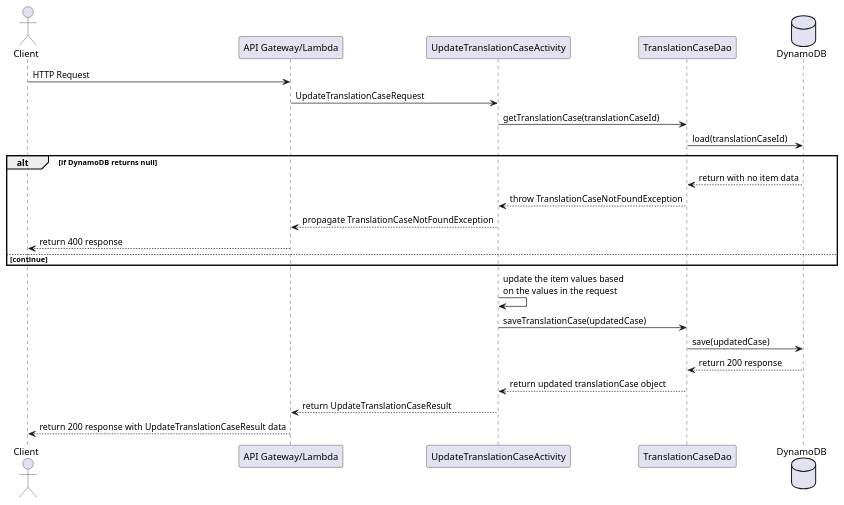
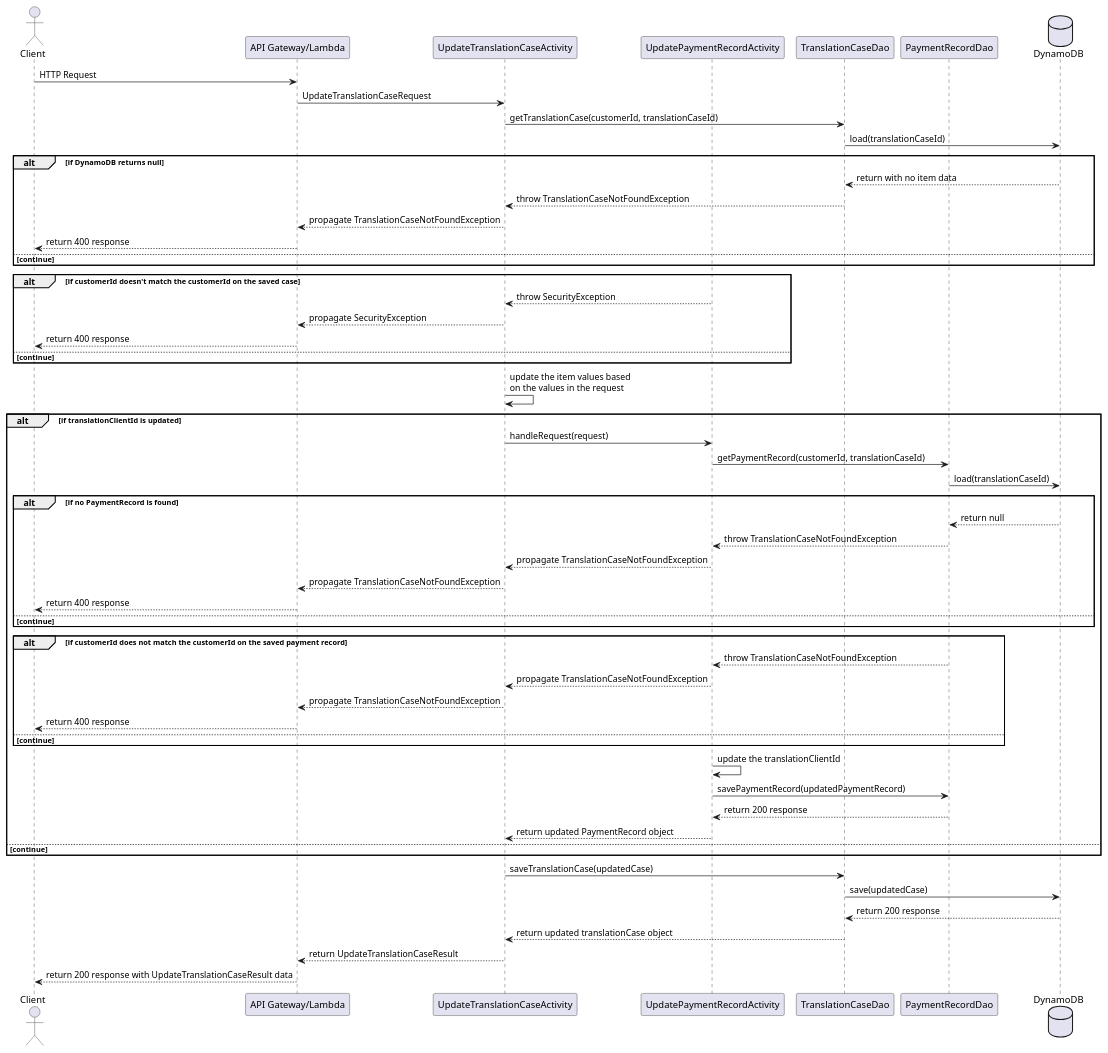
Before and after one commit to usedtothink/translation-tracker: the diagram in resources/UpdateTranslationCase-Sequence.puml, drawn with PlantUML. The commit also changed 30 other files, not shown here.

```diff
--- a/resources/UpdateTranslationCase-Sequence.puml
+++ b/resources/UpdateTranslationCase-Sequence.puml
@@ -1,33 +1,70 @@
 @startuml
 
 actor Client
 participant "API Gateway/Lambda"
 participant UpdateTranslationCaseActivity
+participant UpdatePaymentRecordActivity
 participant TranslationCaseDao
+participant PaymentRecordDao
 database    DynamoDB
 
 Client -> "API Gateway/Lambda" : HTTP Request
 "API Gateway/Lambda" -> UpdateTranslationCaseActivity : UpdateTranslationCaseRequest
 
-UpdateTranslationCaseActivity -> TranslationCaseDao : getTranslationCase(translationCaseId)
+UpdateTranslationCaseActivity -> TranslationCaseDao : getTranslationCase(customerId, translationCaseId)
 TranslationCaseDao -> DynamoDB : load(translationCaseId)
 
 alt if DynamoDB returns null
     DynamoDB --> TranslationCaseDao: return with no item data
     TranslationCaseDao --> UpdateTranslationCaseActivity: throw TranslationCaseNotFoundException
     UpdateTranslationCaseActivity --> "API Gateway/Lambda": propagate TranslationCaseNotFoundException
     "API Gateway/Lambda" --> Client : return 400 response
 else continue
 end
 
+alt if customerId doesn't match the customerId on the saved case
+    UpdatePaymentRecordActivity --> UpdateTranslationCaseActivity : throw SecurityException
+    UpdateTranslationCaseActivity --> "API Gateway/Lambda": propagate SecurityException
+    "API Gateway/Lambda" --> Client : return 400 response
+else continue
+end
+
 UpdateTranslationCaseActivity -> UpdateTranslationCaseActivity : update the item values based\non the values in the request
 
+alt if translationClientId is updated
+    UpdateTranslationCaseActivity -> UpdatePaymentRecordActivity: handleRequest(request)
+    UpdatePaymentRecordActivity -> PaymentRecordDao : getPaymentRecord(customerId, translationCaseId)
+    PaymentRecordDao -> DynamoDB : load(translationCaseId)
+
+    alt if no PaymentRecord is found
+        DynamoDB --> PaymentRecordDao : return null
+        PaymentRecordDao --> UpdatePaymentRecordActivity : throw TranslationCaseNotFoundException
+        UpdatePaymentRecordActivity --> UpdateTranslationCaseActivity : propagate TranslationCaseNotFoundException
+        UpdateTranslationCaseActivity --> "API Gateway/Lambda" : propagate TranslationCaseNotFoundException
+        "API Gateway/Lambda" --> Client : return 400 response
+    else continue
+    end
+
+    alt if customerId does not match the customerId on the saved payment record
+        PaymentRecordDao --> UpdatePaymentRecordActivity : throw TranslationCaseNotFoundException
+        UpdatePaymentRecordActivity --> UpdateTranslationCaseActivity : propagate TranslationCaseNotFoundException
+        UpdateTranslationCaseActivity --> "API Gateway/Lambda" : propagate TranslationCaseNotFoundException
+        "API Gateway/Lambda" --> Client : return 400 response
+    else continue
+    end
+
+    UpdatePaymentRecordActivity -> UpdatePaymentRecordActivity : update the translationClientId
+    UpdatePaymentRecordActivity -> PaymentRecordDao : savePaymentRecord(updatedPaymentRecord)
+    PaymentRecordDao --> UpdatePaymentRecordActivity : return 200 response
+    UpdatePaymentRecordActivity --> UpdateTranslationCaseActivity : return updated PaymentRecord object
+else continue
+end
+
 UpdateTranslationCaseActivity -> TranslationCaseDao : saveTranslationCase(updatedCase)
-
 TranslationCaseDao -> DynamoDB : save(updatedCase)
 DynamoDB --> TranslationCaseDao : return 200 response
 TranslationCaseDao --> UpdateTranslationCaseActivity : return updated translationCase object
 UpdateTranslationCaseActivity --> "API Gateway/Lambda" : return UpdateTranslationCaseResult
 "API Gateway/Lambda" --> Client : return 200 response with UpdateTranslationCaseResult data
 
 @enduml
```
